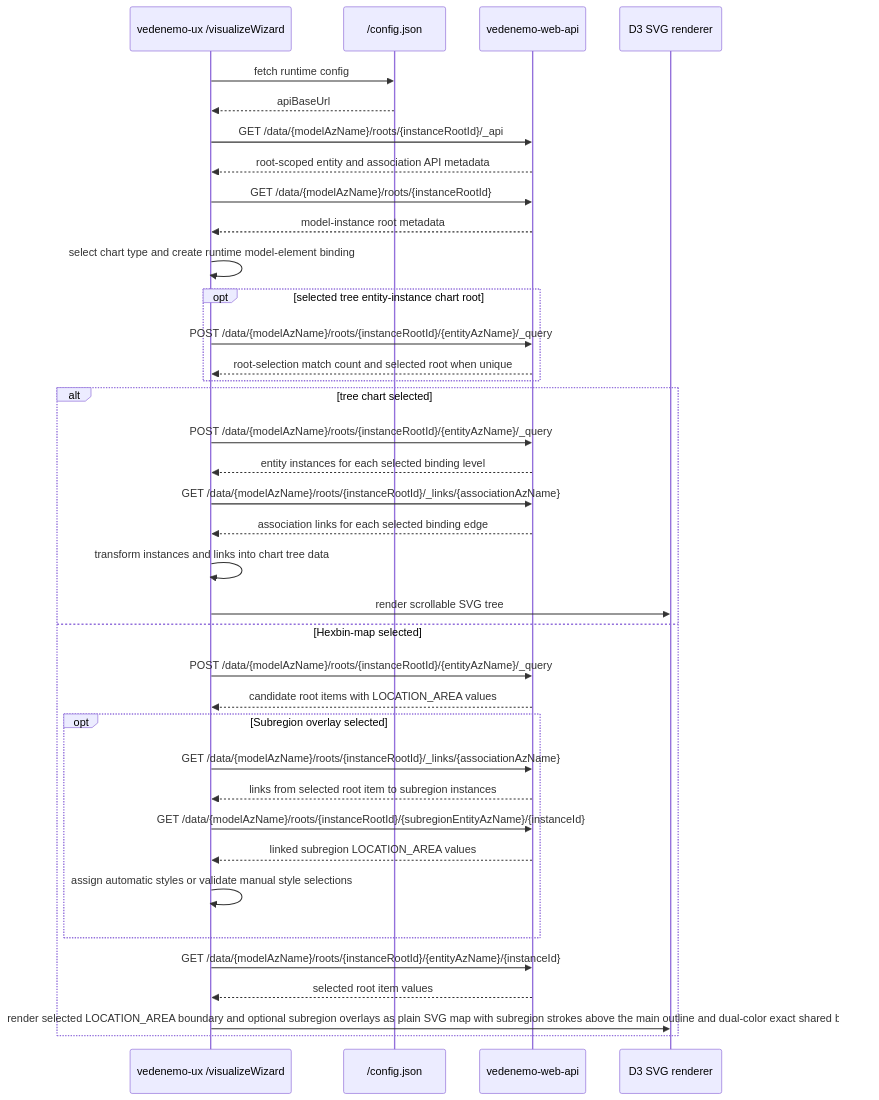
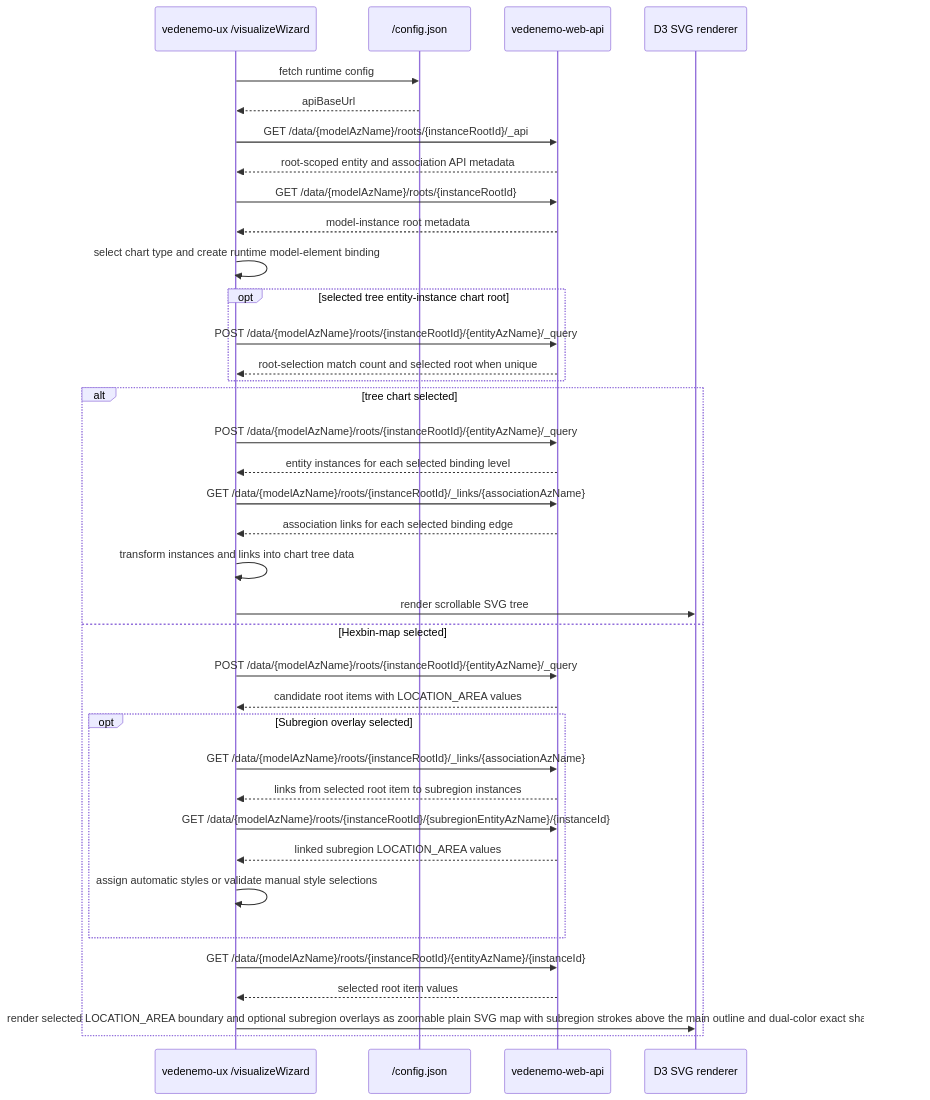
One commit to VedenemoDev/VedenemoMonorepo changed the tenth of 12 diagrams in docs/architecture_doc.md. Above: the diagram before and after it, drawn with Mermaid. The commit also changed other lines of this file and 7 other files, not shown here.

````diff
--- a/docs/architecture_doc.md
+++ b/docs/architecture_doc.md
@@ -997,40 +998,40 @@
 ```mermaid
 sequenceDiagram
     participant UX as vedenemo-ux /visualizeWizard
     participant Config as /config.json
     participant API as vedenemo-web-api
     participant D3 as D3 SVG renderer
 
     UX->>Config: fetch runtime config
     Config-->>UX: apiBaseUrl
     UX->>API: GET /data/{modelAzName}/roots/{instanceRootId}/_api
     API-->>UX: root-scoped entity and association API metadata
     UX->>API: GET /data/{modelAzName}/roots/{instanceRootId}
     API-->>UX: model-instance root metadata
     UX->>UX: select chart type and create runtime model-element binding
     opt selected tree entity-instance chart root
         UX->>API: POST /data/{modelAzName}/roots/{instanceRootId}/{entityAzName}/_query
         API-->>UX: root-selection match count and selected root when unique
     end
     alt tree chart selected
         UX->>API: POST /data/{modelAzName}/roots/{instanceRootId}/{entityAzName}/_query
         API-->>UX: entity instances for each selected binding level
         UX->>API: GET /data/{modelAzName}/roots/{instanceRootId}/_links/{associationAzName}
         API-->>UX: association links for each selected binding edge
         UX->>UX: transform instances and links into chart tree data
         UX->>D3: render scrollable SVG tree
     else Hexbin-map selected
         UX->>API: POST /data/{modelAzName}/roots/{instanceRootId}/{entityAzName}/_query
         API-->>UX: candidate root items with LOCATION_AREA values
         opt Subregion overlay selected
             UX->>API: GET /data/{modelAzName}/roots/{instanceRootId}/_links/{associationAzName}
             API-->>UX: links from selected root item to subregion instances
             UX->>API: GET /data/{modelAzName}/roots/{instanceRootId}/{subregionEntityAzName}/{instanceId}
             API-->>UX: linked subregion LOCATION_AREA values
             UX->>UX: assign automatic styles or validate manual style selections
         end
         UX->>API: GET /data/{modelAzName}/roots/{instanceRootId}/{entityAzName}/{instanceId}
         API-->>UX: selected root item values
-        UX->>D3: render selected LOCATION_AREA boundary and optional subregion overlays as plain SVG map with subregion strokes above the main outline and dual-color exact shared borders
+        UX->>D3: render selected LOCATION_AREA boundary and optional subregion overlays as zoomable plain SVG map with subregion strokes above the main outline and dual-color exact shared borders
     end
 ```
````
